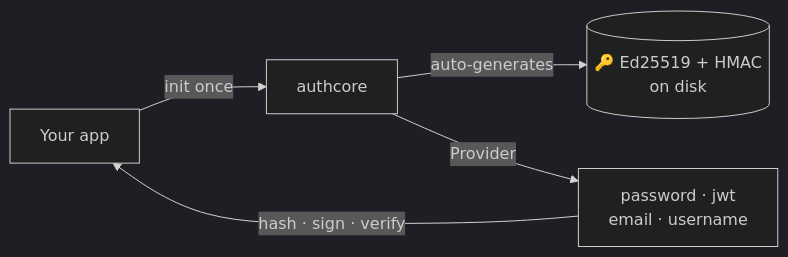
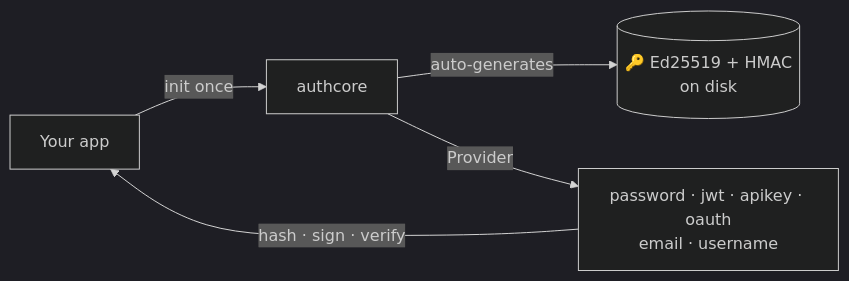
The diagram in README.md (Glyndor/authcore), drawn with Mermaid (dark theme) before and after one commit. The commit also changed other lines of this file and 5 other files, not shown here.

First line of the commit message:
docs: apply the Markdown review fixes (badges, roadmap, errors, config, testing)

````diff
--- a/README.md
+++ b/README.md
@@ -101,7 +95,7 @@
 ```mermaid
 flowchart LR
     App["Your app"] -->|init once| Core["authcore"]
     Core -->|auto-generates| Keys[("🔑 Ed25519 + HMAC<br/>on disk")]
-    Core -->|Provider| M["password · jwt<br/>email · username"]
+    Core -->|Provider| M["password · jwt · apikey · oauth<br/>email · username"]
     M -->|hash · sign · verify| App
 ```
````
